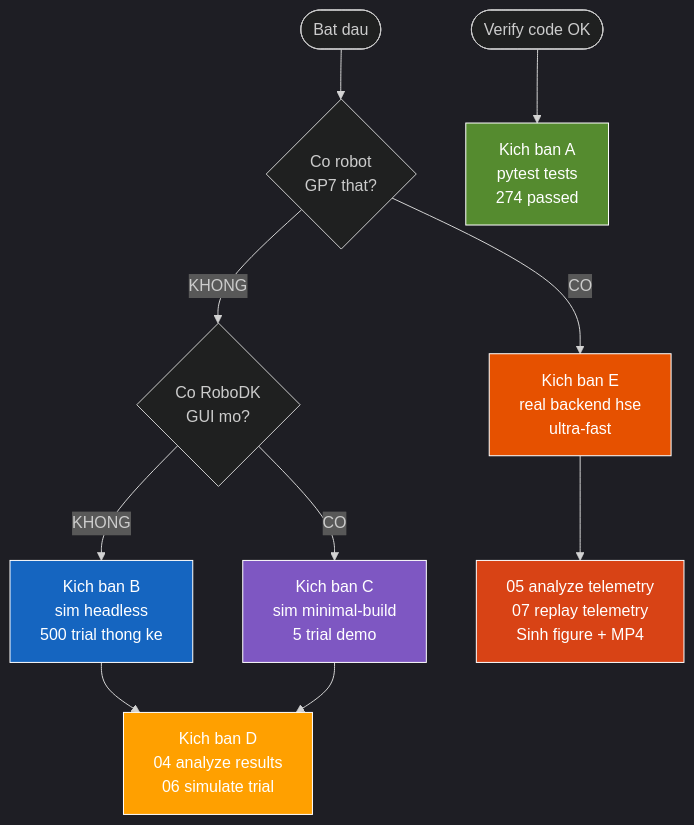
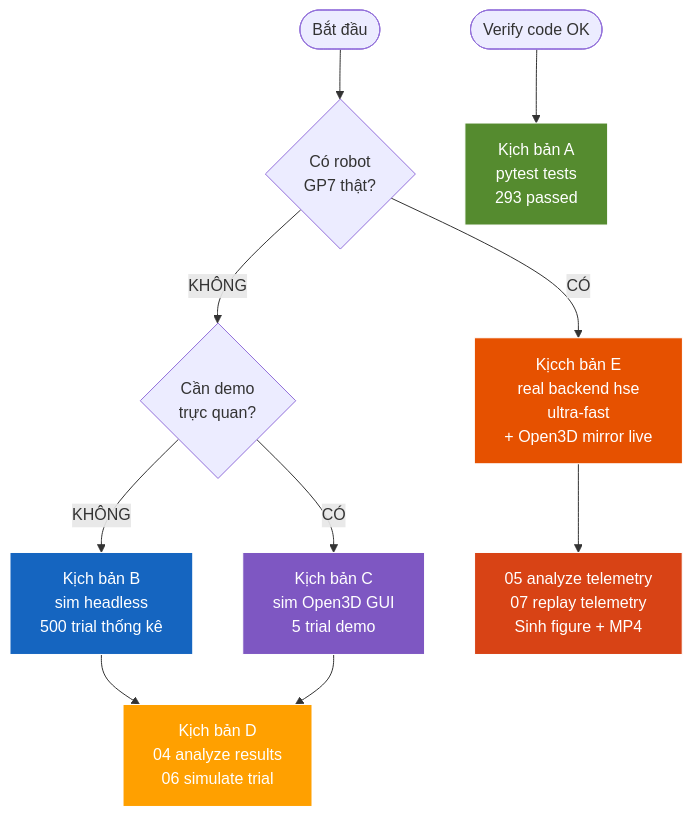
The first of 3 diagrams in docs/HUONG_DAN_SU_DUNG.md (manhhv87/DTwinGP7), drawn with Mermaid before and after one commit. The commit also changed other lines of this file and 54 other files, not shown here.

````diff
--- a/docs/HUONG_DAN_SU_DUNG.md
+++ b/docs/HUONG_DAN_SU_DUNG.md
@@ -66,20 +67,19 @@
 ```mermaid
-%%{init: {'theme':'dark'}}%%
 flowchart TB
-    START([Bat dau]) --> Q1{Co robot<br/>GP7 that?}
-    Q1 -->|KHONG| Q2{Co RoboDK<br/>GUI mo?}
-    Q1 -->|CO| E[Kich ban E<br/>real backend hse<br/>ultra-fast]
-    Q2 -->|KHONG| B[Kich ban B<br/>sim headless<br/>500 trial thong ke]
-    Q2 -->|CO| C[Kich ban C<br/>sim minimal-build<br/>5 trial demo]
-    B --> D[Kich ban D<br/>04 analyze results<br/>06 simulate trial]
+    START([Bắt đầu]) --> Q1{Có robot<br/>GP7 thật?}
+    Q1 -->|KHÔNG| Q2{Cần demo<br/>trực quan?}
+    Q1 -->|CÓ| E[Kịcch bản E<br/>real backend hse<br/>ultra-fast<br/>+ Open3D mirror live]
+    Q2 -->|KHÔNG| B[Kịch bản B<br/>sim headless<br/>500 trial thống kê]
+    Q2 -->|CÓ| C[Kịch bản C<br/>sim Open3D GUI<br/>5 trial demo]
+    B --> D[Kịch bản D<br/>04 analyze results<br/>06 simulate trial]
     C --> D
     E --> F[05 analyze telemetry<br/>07 replay telemetry<br/>Sinh figure + MP4]
-    A_TEST([Verify code OK]) --> A[Kich ban A<br/>pytest tests<br/>274 passed]
+    A_TEST([Verify code OK]) --> A[Kịch bản A<br/>pytest tests<br/>293 passed]
 
     style A fill:#558B2F,stroke:#fff,color:#fff
     style B fill:#1565C0,stroke:#fff,color:#fff
     style C fill:#7E57C2,stroke:#fff,color:#fff
     style D fill:#FFA000,stroke:#fff,color:#fff
     style E fill:#E65100,stroke:#fff,color:#fff
     style F fill:#D84315,stroke:#fff,color:#fff
 ```
````
